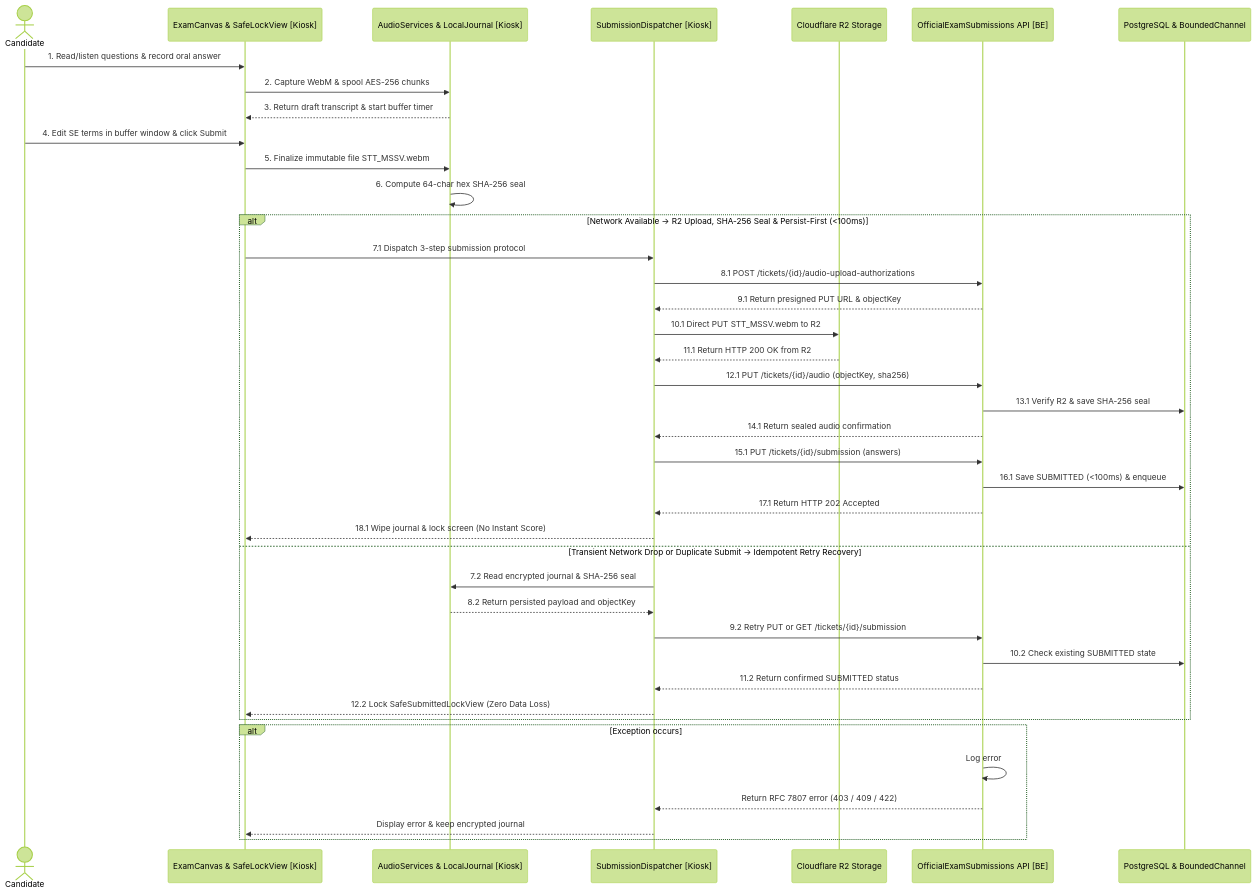
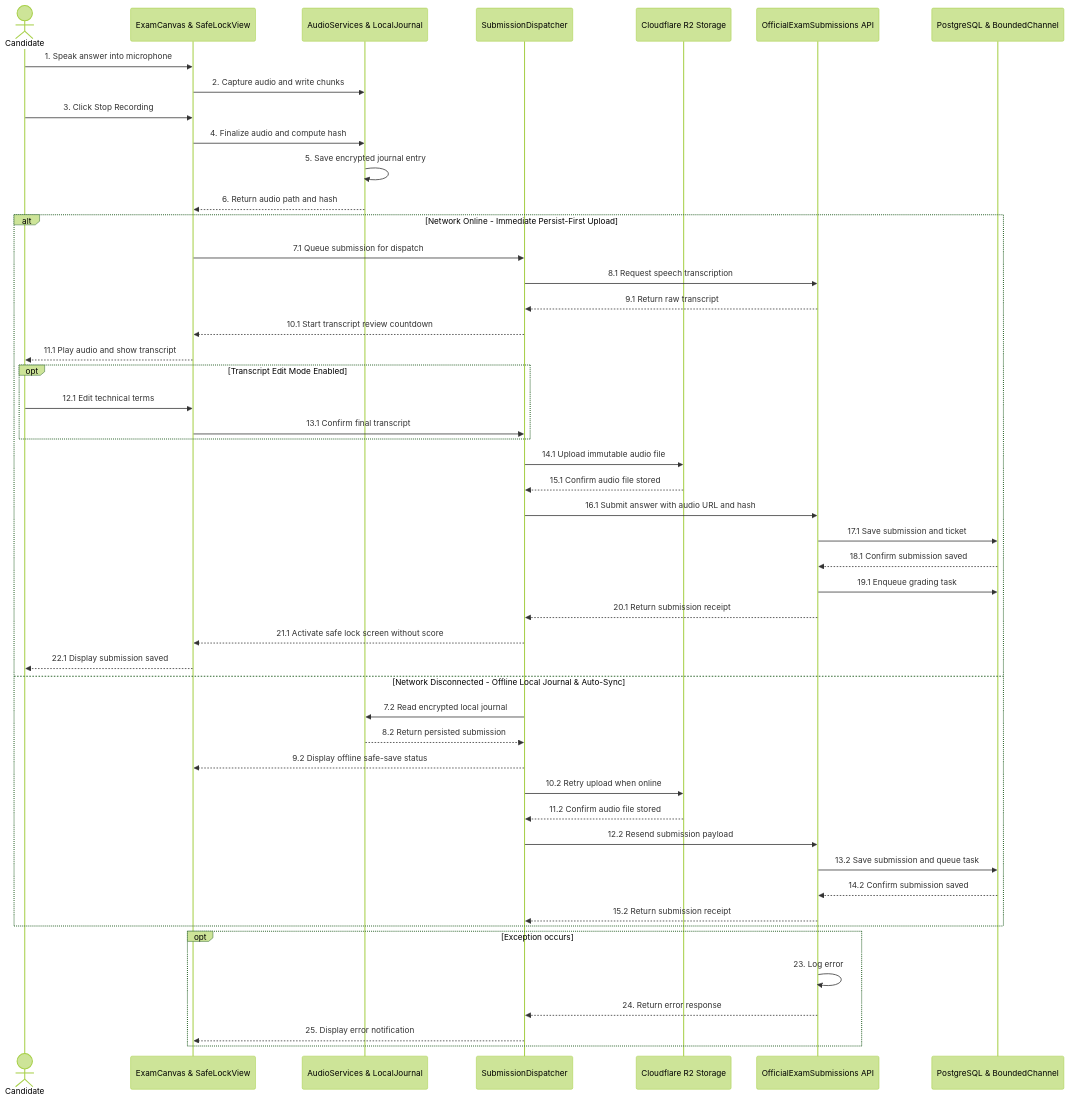
The second of 2 diagrams in docs/Task Daily/Report4_NguyenQuangThanh/08_Desktop_Kiosk_Sequence_Diagrams_D09_D10/D09_D10_Desktop_Kiosk_Sequences_Specification_VI.md (An-LLM-based-Oral-Examination/oral-exam-system), drawn with Mermaid (forest theme) before and after one commit. The commit also changed other lines of this file and 146 other files, not shown here.

````diff
--- a/docs/Task Daily/Report4_NguyenQuangThanh/08_Desktop_Kiosk_Sequence_Diagrams_D09_D10/D09_D10_Desktop_Kiosk_Sequences_Specification_VI.md
+++ b/docs/Task Daily/Report4_NguyenQuangThanh/08_Desktop_Kiosk_Sequence_Diagrams_D09_D10/D09_D10_Desktop_Kiosk_Sequences_Specification_VI.md
@@ -110,45 +119,54 @@
 ```mermaid
 sequenceDiagram
     actor Candidate as Candidate
-    participant Canvas as ExamCanvas & SafeLockView [Kiosk]
-    participant Audio as AudioServices & LocalJournal [Kiosk]
-    participant Disp as SubmissionDispatcher [Kiosk]
+    participant Canvas as ExamCanvas & SafeLockView
+    participant Audio as AudioServices & LocalJournal
+    participant Disp as SubmissionDispatcher
     participant R2 as Cloudflare R2 Storage
-    participant API as OfficialExamSubmissions API [BE]
+    participant API as OfficialExamSubmissions API
     participant DB as PostgreSQL & BoundedChannel
 
-    Candidate->>Canvas: 1. Read/listen questions & record oral answer
-    Canvas->>Audio: 2. Capture WebM & spool AES-256 chunks
-    Audio-->>Canvas: 3. Return draft transcript & start buffer timer
-    Candidate->>Canvas: 4. Edit SE terms in buffer window & click Submit
-    Canvas->>Audio: 5. Finalize immutable file STT_MSSV.webm
-    Audio->>Audio: 6. Compute 64-char hex SHA-256 seal
+    Candidate->>Canvas: 1. Speak answer into microphone
+    Canvas->>Audio: 2. Capture audio and write chunks
+    Candidate->>Canvas: 3. Click Stop Recording
+    Canvas->>Audio: 4. Finalize audio and compute hash
+    Audio->>Audio: 5. Save encrypted journal entry
+    Audio-->>Canvas: 6. Return audio path and hash
 
-    alt Network Available -> R2 Upload, SHA-256 Seal & Persist-First (<100ms)
-        Canvas->>Disp: 7.1 Dispatch 3-step submission protocol
-        Disp->>API: 8.1 POST /tickets/{id}/audio-upload-authorizations
-        API-->>Disp: 9.1 Return presigned PUT URL & objectKey
-        Disp->>R2: 10.1 Direct PUT STT_MSSV.webm to R2
-        R2-->>Disp: 11.1 Return HTTP 200 OK from R2
-        Disp->>API: 12.1 PUT /tickets/{id}/audio (objectKey, sha256)
-        API->>DB: 13.1 Verify R2 & save SHA-256 seal
-        API-->>Disp: 14.1 Return sealed audio confirmation
-        Disp->>API: 15.1 PUT /tickets/{id}/submission (answers)
-        API->>DB: 16.1 Save SUBMITTED (<100ms) & enqueue
-        API-->>Disp: 17.1 Return HTTP 202 Accepted
-        Disp-->>Canvas: 18.1 Wipe journal & lock screen (No Instant Score)
-    else Transient Network Drop or Duplicate Submit -> Idempotent Retry Recovery
-        Disp->>Audio: 7.2 Read encrypted journal & SHA-256 seal
-        Audio-->>Disp: 8.2 Return persisted payload and objectKey
-        Disp->>API: 9.2 Retry PUT or GET /tickets/{id}/submission
-        API->>DB: 10.2 Check existing SUBMITTED state
-        API-->>Disp: 11.2 Return confirmed SUBMITTED status
-        Disp-->>Canvas: 12.2 Lock SafeSubmittedLockView (Zero Data Loss)
+    alt Network Online - Immediate Persist-First Upload
+        Canvas->>Disp: 7.1 Queue submission for dispatch
+        Disp->>API: 8.1 Request speech transcription
+        API-->>Disp: 9.1 Return raw transcript
+        Disp-->>Canvas: 10.1 Start transcript review countdown
+        Canvas-->>Candidate: 11.1 Play audio and show transcript
+        opt Transcript Edit Mode Enabled
+            Candidate->>Canvas: 12.1 Edit technical terms
+            Canvas->>Disp: 13.1 Confirm final transcript
+        end
+        Disp->>R2: 14.1 Upload immutable audio file
+        R2-->>Disp: 15.1 Confirm audio file stored
+        Disp->>API: 16.1 Submit answer with audio URL and hash
+        API->>DB: 17.1 Save submission and ticket
+        DB-->>API: 18.1 Confirm submission saved
+        API->>DB: 19.1 Enqueue grading task
+        API-->>Disp: 20.1 Return submission receipt
+        Disp-->>Canvas: 21.1 Activate safe lock screen without score
+        Canvas-->>Candidate: 22.1 Display submission saved
+    else Network Disconnected - Offline Local Journal & Auto-Sync
+        Disp->>Audio: 7.2 Read encrypted local journal
+        Audio-->>Disp: 8.2 Return persisted submission
+        Disp-->>Canvas: 9.2 Display offline safe-save status
+        Disp->>R2: 10.2 Retry upload when online
+        R2-->>Disp: 11.2 Confirm audio file stored
+        Disp->>API: 12.2 Resend submission payload
+        API->>DB: 13.2 Save submission and queue task
+        DB-->>API: 14.2 Confirm submission saved
+        API-->>Disp: 15.2 Return submission receipt
     end
 
-    alt Exception occurs
-        API->>API: Log error
-        API-->>Disp: Return RFC 7807 error (403 / 409 / 422)
-        Disp-->>Canvas: Display error & keep encrypted journal
+    opt Exception occurs
+        API->>API: 23. Log error
+        API-->>Disp: 24. Return error response
+        Disp-->>Canvas: 25. Display error notification
     end
 ```
````
